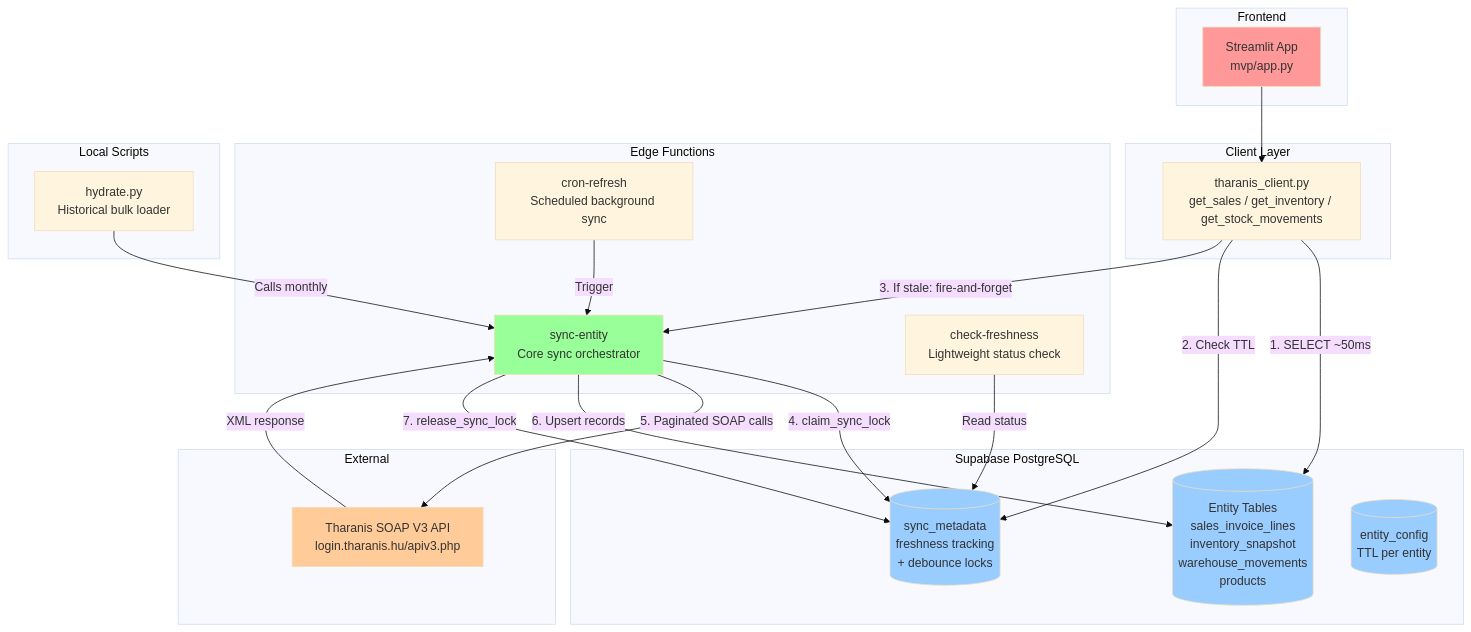
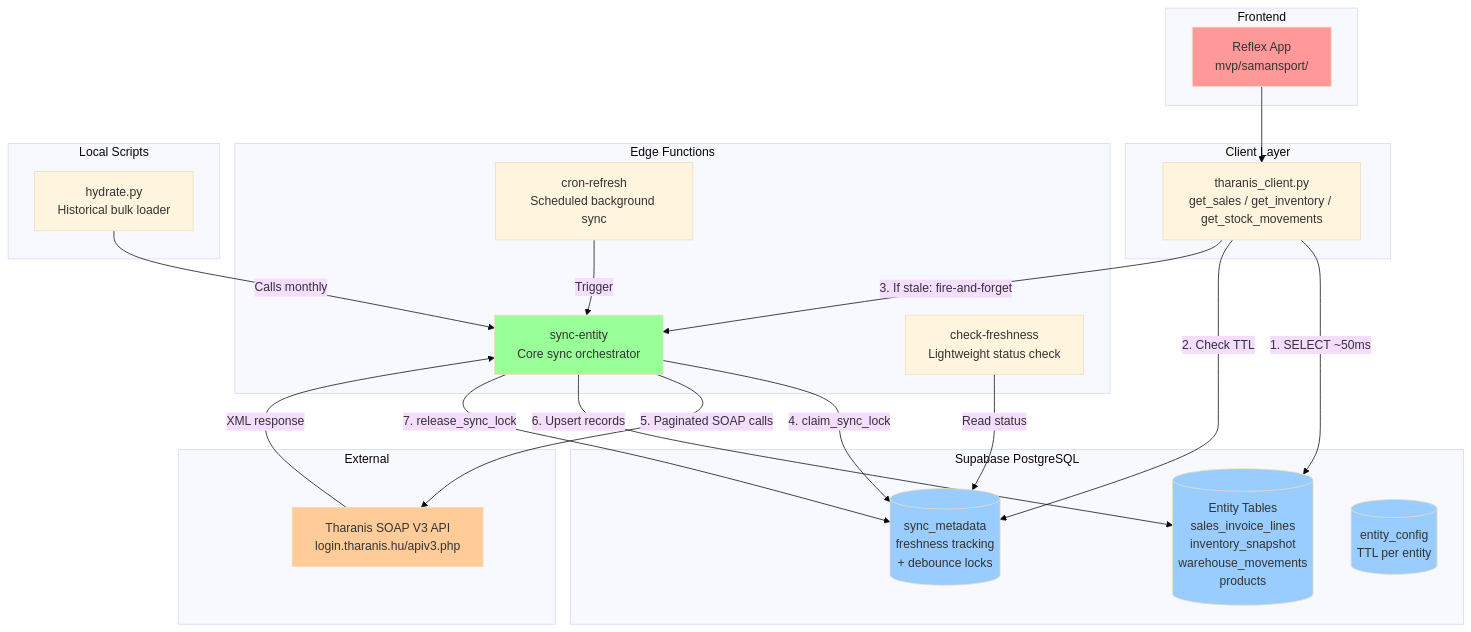
Before and after one commit to szucszoltan87/samansport-erp-dashboard: the first of 2 diagrams in BACKEND_ARCHITECTURE.md, drawn with Mermaid (base theme). The commit also changed other lines of this file and 592 other files, not shown here.

````diff
--- a/BACKEND_ARCHITECTURE.md
+++ b/BACKEND_ARCHITECTURE.md
@@ -5,50 +5,50 @@
 ```mermaid
 flowchart TD
     subgraph Frontend
-        A[Streamlit App<br>mvp/app.py]
+        A[Reflex App<br>mvp/samansport/]
     end
 
     subgraph Client Layer
         B[tharanis_client.py<br>get_sales / get_inventory / get_stock_movements]
     end
 
     subgraph Supabase PostgreSQL
         D[(Entity Tables<br>sales_invoice_lines<br>inventory_snapshot<br>warehouse_movements<br>products)]
         E[(sync_metadata<br>freshness tracking<br>+ debounce locks)]
         F[(entity_config<br>TTL per entity)]
     end
 
     subgraph Edge Functions
         G[sync-entity<br>Core sync orchestrator]
         H[check-freshness<br>Lightweight status check]
         I[cron-refresh<br>Scheduled background sync]
     end
 
     subgraph External
         J[Tharanis SOAP V3 API<br>login.tharanis.hu/apiv3.php]
     end
 
     subgraph Local Scripts
         K[hydrate.py<br>Historical bulk loader]
     end
 
     A --> B
     B -- 1. SELECT ~50ms --> D
     B -- 2. Check TTL --> E
     B -- 3. If stale: fire-and-forget --> G
     G -- 4. claim_sync_lock --> E
     G -- 5. Paginated SOAP calls --> J
     J -- XML response --> G
     G -- 6. Upsert records --> D
     G -- 7. release_sync_lock --> E
     H -- Read status --> E
     I -- Trigger --> G
     K -- Calls monthly --> G
 
     style A fill:#ff9999
     style D fill:#99ccff
     style E fill:#99ccff
     style F fill:#99ccff
     style G fill:#99ff99
     style J fill:#ffcc99
 ```
````
